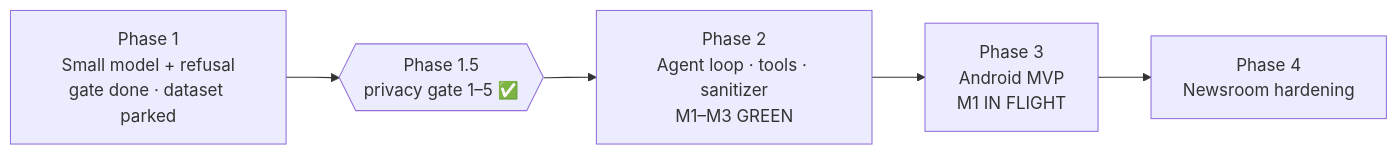
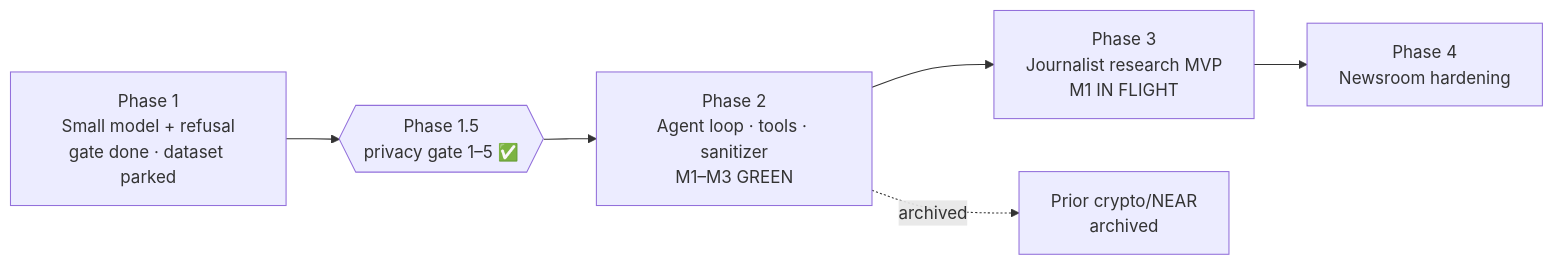
Before and after one commit to 9lordisgod/salomon: the diagram in ROADMAP.md, drawn with Mermaid. The commit also changed other lines of this file and 3 other files, not shown here.

````diff
--- a/ROADMAP.md
+++ b/ROADMAP.md
@@ -6,7 +6,8 @@
 ```mermaid
 flowchart LR
   P1[Phase 1<br/>Small model + refusal<br/>gate done · dataset parked] --> G{{Phase 1.5<br/>privacy gate 1–5 ✅}}
   G --> P2[Phase 2<br/>Agent loop · tools · sanitizer<br/>M1–M3 GREEN]
-  P2 --> P3[Phase 3<br/>Android MVP<br/>M1 IN FLIGHT]
+  P2 --> P3[Phase 3<br/>Journalist research MVP<br/>M1 IN FLIGHT]
   P3 --> P4[Phase 4<br/>Newsroom hardening]
+  P2 -.archived.-> X[Prior crypto/NEAR<br/>archived]
 ```
````
